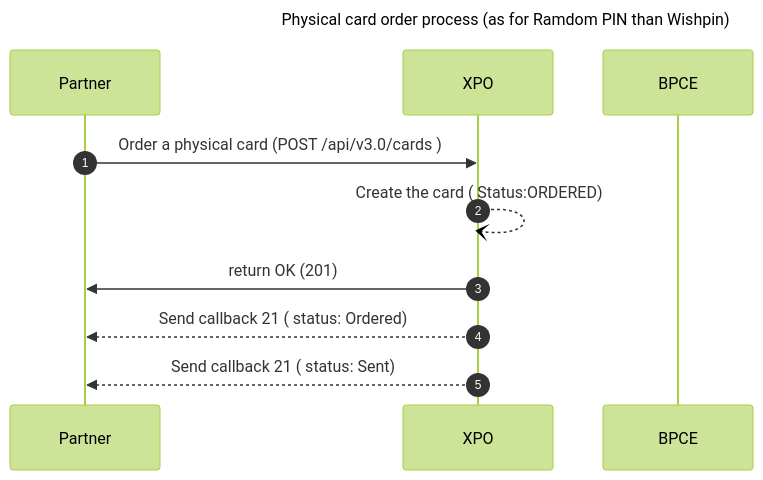
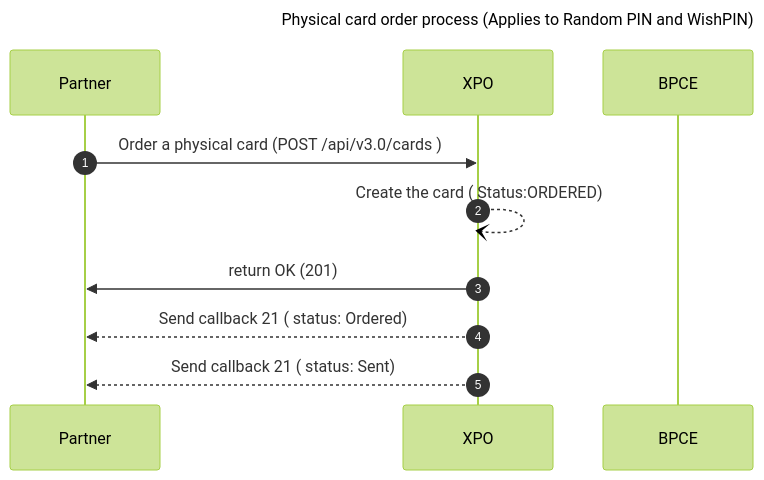
One commit to pomme-clic/s-money-documentation changed the fourth of 7 diagrams in docs/usecases/cards/issuing/CardsIssuing.md. Above: the diagram before and after it, drawn with Mermaid (forest theme). The commit also changed other lines of this file and 4 other files, not shown here.

````diff
--- a/docs/usecases/cards/issuing/CardsIssuing.md
+++ b/docs/usecases/cards/issuing/CardsIssuing.md
@@ -122,14 +125,14 @@
 ```mermaid
 sequenceDiagram
-Title: Physical card order process (as for Ramdom PIN than Wishpin)
+Title: Physical card order process (Applies to Random PIN and WishPIN)
 autoNumber
 Participant Partner
 Participant XPO
 Participant BPCE
 
 Partner ->> XPO : Order a physical card (POST /api/v3.0/cards )
 XPO --) XPO : Create the card ( Status:ORDERED)
 XPO ->> Partner :return OK (201)
 XPO -->> Partner : Send callback 21 ( status: Ordered)
 XPO -->> Partner : Send callback 21 ( status: Sent)
 ```
````
